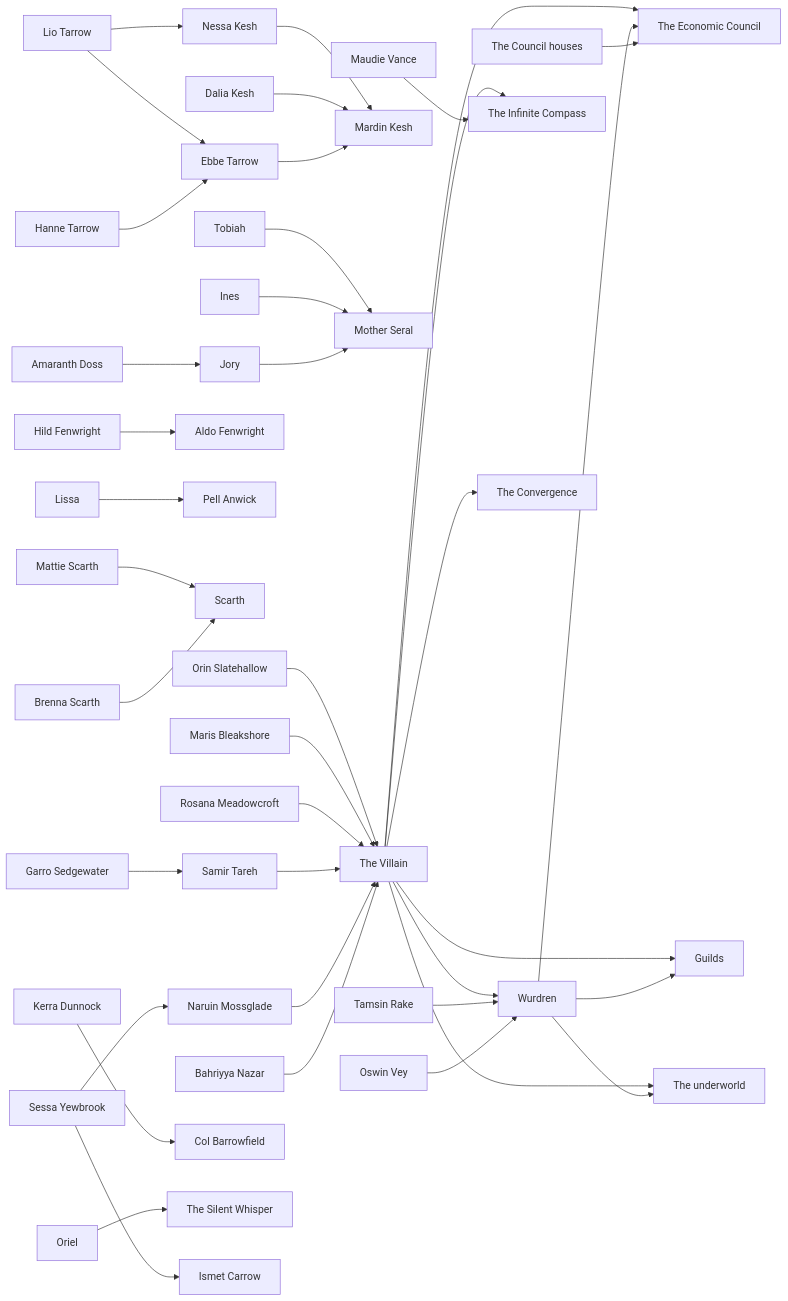
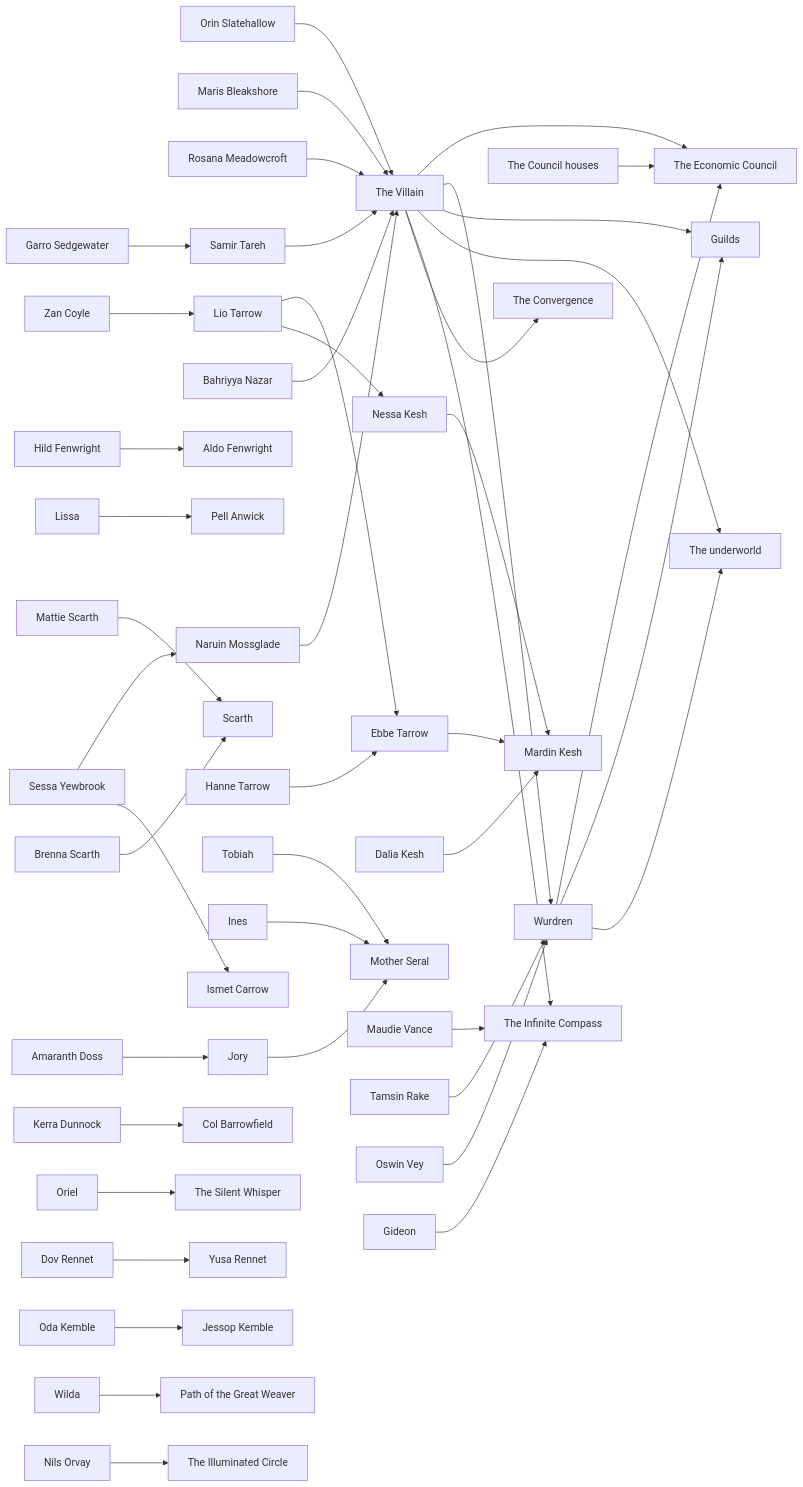
Before and after one commit to BigCatMellow/10Kings: the diagram in atlas/people/README.md, drawn with Mermaid. The commit also changed other lines of this file and 21 other files, not shown here.

````diff
--- a/atlas/people/README.md
+++ b/atlas/people/README.md
@@ -139,6 +145,16 @@
   sm_garro_sedgewater["Garro Sedgewater"]
   sm_tamsin_rake["Tamsin Rake"]
   sm_oswin_vey["Oswin Vey"]
+  sm_dov_rennet["Dov Rennet"]
+  sm_yusa_rennet["Yusa Rennet"]
+  sm_oda_kemble["Oda Kemble"]
+  sm_jessop_kemble["Jessop Kemble"]
+  sm_zan_coyle["Zan Coyle"]
+  sm_wilda["Wilda"]
+  pw_faith_weaver["Path of the Great Weaver"]
+  sm_gideon["Gideon"]
+  sm_nils_orvay["Nils Orvay"]
+  pw_faith_illuminated["The Illuminated Circle"]
   pp_villain --> pw_council
   pp_wurdren --> pw_council
   pp_villain --> pp_wurdren
@@ -177,4 +193,10 @@
   sm_garro_sedgewater --> pp_samir
   sm_tamsin_rake --> pp_wurdren
   sm_oswin_vey --> pp_wurdren
+  sm_dov_rennet --> sm_yusa_rennet
+  sm_oda_kemble --> sm_jessop_kemble
+  sm_zan_coyle --> sm_lio_tarrow
+  sm_wilda --> pw_faith_weaver
+  sm_gideon --> pw_faith_compass
+  sm_nils_orvay --> pw_faith_illuminated
 ```
````
